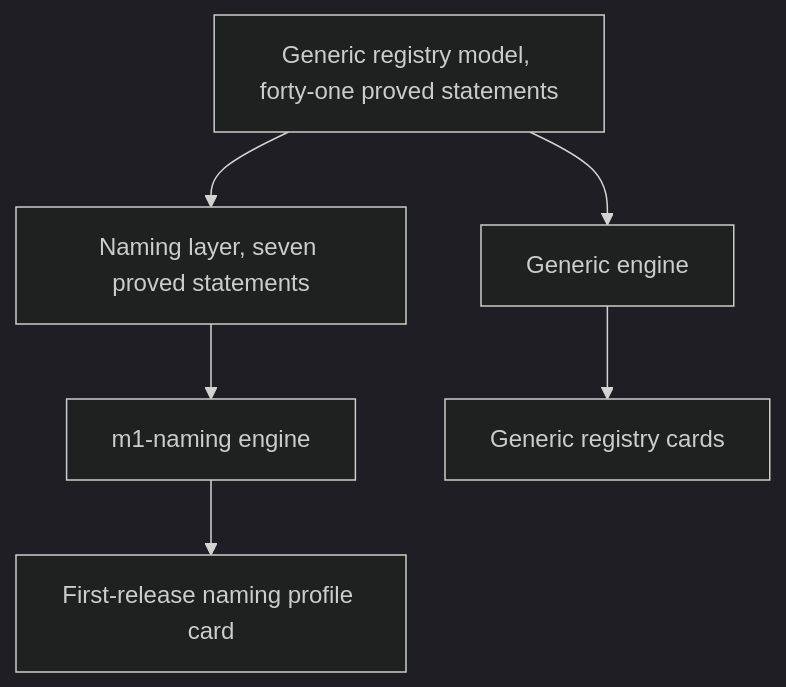
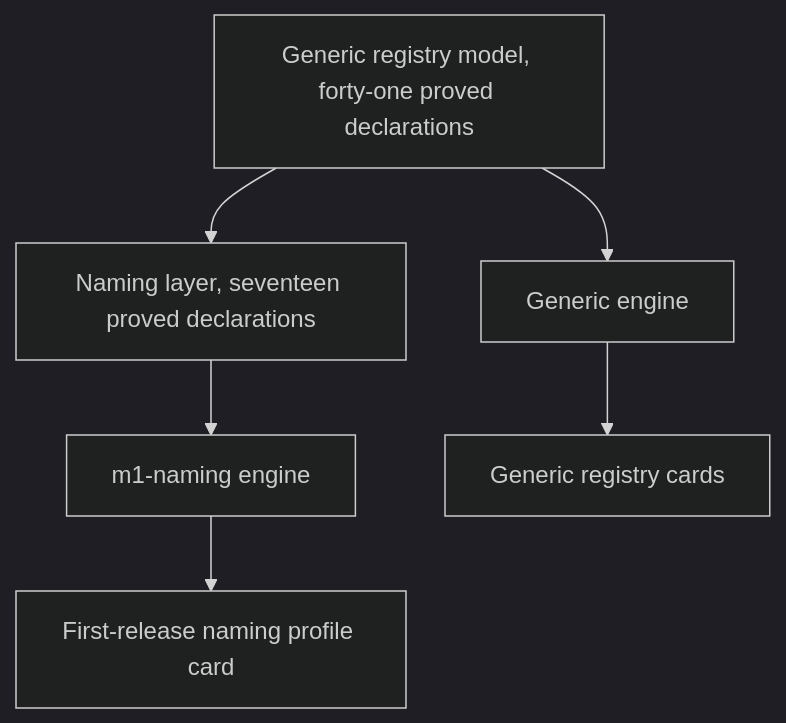
The second of 2 diagrams in docs/naming-demo.md (lambdasistemi/singular), drawn with Mermaid (dark theme) before and after one commit. The commit also changed other lines of this file and 15 other files, not shown here.

````diff
--- a/docs/naming-demo.md
+++ b/docs/naming-demo.md
@@ -52,8 +52,8 @@
 ```mermaid
 flowchart TB
-  Generic[Generic registry model, forty-one proved statements] --> NamingLayer[Naming layer, seven proved statements]
+  Generic[Generic registry model, forty-one proved declarations] --> NamingLayer[Naming layer, seventeen proved declarations]
   NamingLayer --> NamingEngine[m1-naming engine]
   Generic --> GenericEngine[Generic engine]
   NamingEngine --> NamingCard[First-release naming profile card]
   GenericEngine --> GenericCard[Generic registry cards]
 ```
````
